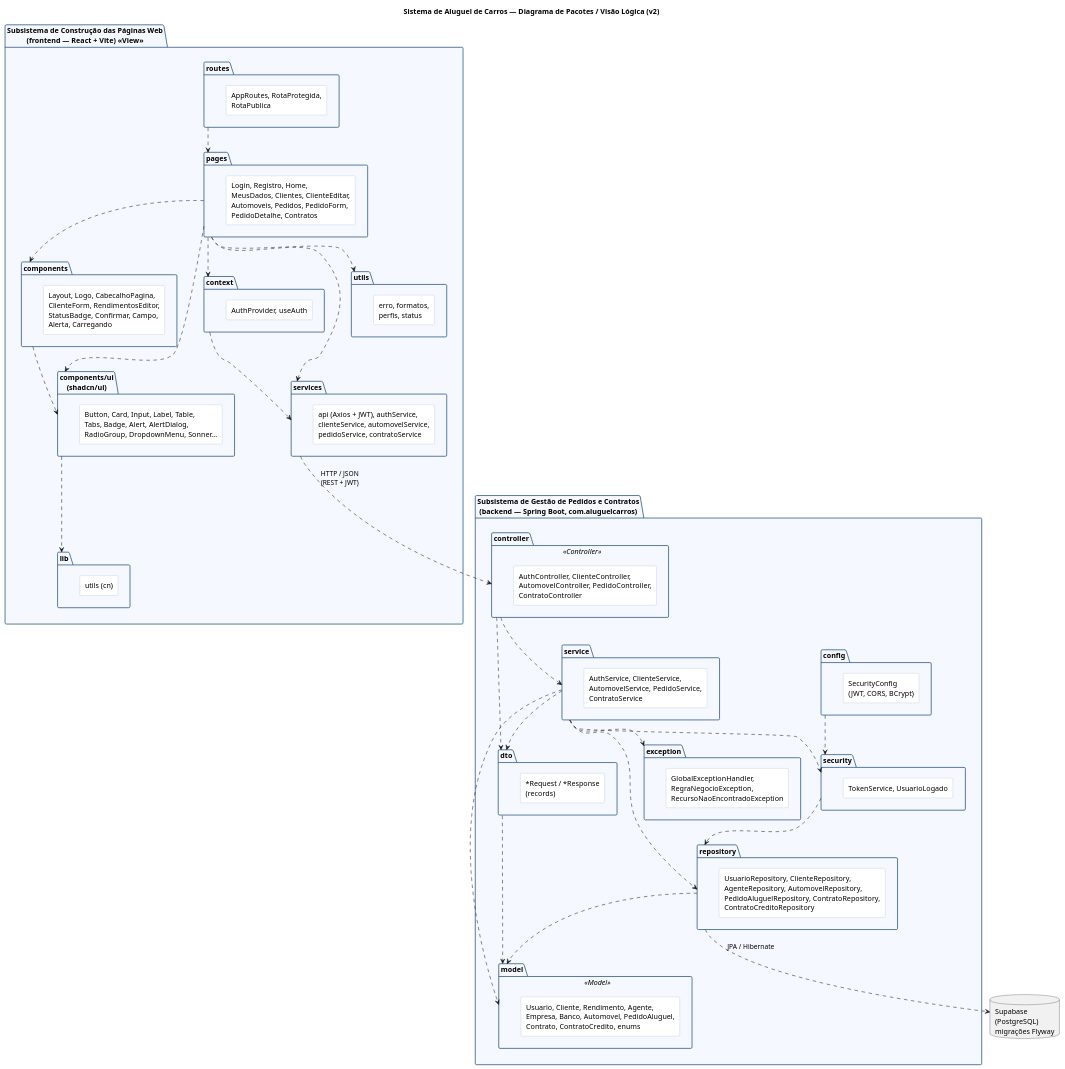
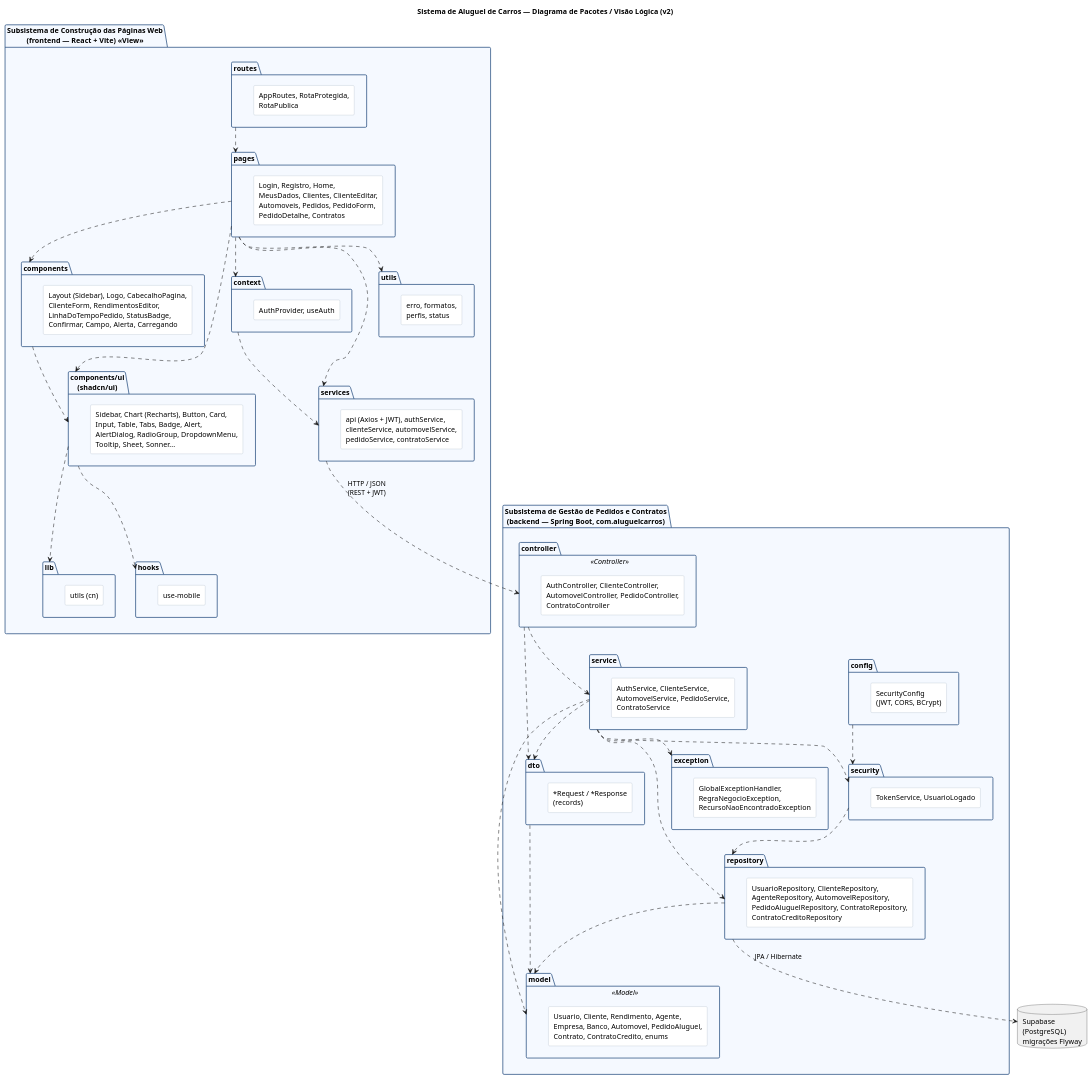
Before and after one commit to GuilhermeCostax/AlugelCarros: the diagram in docs/diagramas/v2/pacotes.puml, drawn with PlantUML. The commit also changed 11 other files, not shown here.

Commit message:
Atualiza README, diagrama de pacotes e capturas com o novo layout

```diff
--- a/docs/diagramas/v2/pacotes.puml
+++ b/docs/diagramas/v2/pacotes.puml
@@ -1,95 +1,99 @@
 @startuml pacotes
 title Sistema de Aluguel de Carros — Diagrama de Pacotes / Visão Lógica (v2)
 skinparam shadowing false
 skinparam packageStyle folder
 skinparam package {
   BackgroundColor #F5F9FF
   BorderColor #2C5282
 }
 skinparam rectangle {
   BackgroundColor #FFFFFF
   BorderColor #A0AEC0
 }
 
 package "Subsistema de Construção das Páginas Web\n(frontend — React + Vite) «View»" as WEB {
   package routes {
     rectangle "AppRoutes, RotaProtegida,\nRotaPublica" as r_routes
   }
   package pages {
     rectangle "Login, Registro, Home,\nMeusDados, Clientes, ClienteEditar,\nAutomoveis, Pedidos, PedidoForm,\nPedidoDetalhe, Contratos" as r_pages
   }
   package components {
-    rectangle "Layout, Logo, CabecalhoPagina,\nClienteForm, RendimentosEditor,\nStatusBadge, Confirmar, Campo,\nAlerta, Carregando" as r_components
+    rectangle "Layout (Sidebar), Logo, CabecalhoPagina,\nClienteForm, RendimentosEditor,\nLinhaDoTempoPedido, StatusBadge,\nConfirmar, Campo, Alerta, Carregando" as r_components
   }
   package "components/ui\n(shadcn/ui)" as ui {
-    rectangle "Button, Card, Input, Label, Table,\nTabs, Badge, Alert, AlertDialog,\nRadioGroup, DropdownMenu, Sonner..." as r_ui
+    rectangle "Sidebar, Chart (Recharts), Button, Card,\nInput, Table, Tabs, Badge, Alert,\nAlertDialog, RadioGroup, DropdownMenu,\nTooltip, Sheet, Sonner..." as r_ui
   }
   package lib {
     rectangle "utils (cn)" as r_lib
+  }
+  package hooks {
+    rectangle "use-mobile" as r_hooks
   }
   package context {
     rectangle "AuthProvider, useAuth" as r_context
   }
   package services {
     rectangle "api (Axios + JWT), authService,\nclienteService, automovelService,\npedidoService, contratoService" as r_services
   }
   package utils {
     rectangle "erro, formatos,\nperfis, status" as r_utils
   }
 }
 
 package "Subsistema de Gestão de Pedidos e Contratos\n(backend — Spring Boot, com.aluguelcarros)" as API {
   package controller <<Controller>> {
     rectangle "AuthController, ClienteController,\nAutomovelController, PedidoController,\nContratoController" as r_controller
   }
   package dto {
     rectangle "*Request / *Response\n(records)" as r_dto
   }
   package service {
     rectangle "AuthService, ClienteService,\nAutomovelService, PedidoService,\nContratoService" as r_service
   }
   package repository {
     rectangle "UsuarioRepository, ClienteRepository,\nAgenteRepository, AutomovelRepository,\nPedidoAluguelRepository, ContratoRepository,\nContratoCreditoRepository" as r_repository
   }
   package model <<Model>> {
     rectangle "Usuario, Cliente, Rendimento, Agente,\nEmpresa, Banco, Automovel, PedidoAluguel,\nContrato, ContratoCredito, enums" as r_model
   }
   package security {
     rectangle "TokenService, UsuarioLogado" as r_security
   }
   package config {
     rectangle "SecurityConfig\n(JWT, CORS, BCrypt)" as r_config
   }
   package exception {
     rectangle "GlobalExceptionHandler,\nRegraNegocioException,\nRecursoNaoEncontradoException" as r_exception
   }
 }
 
 database "Supabase\n(PostgreSQL)\nmigrações Flyway" as DB
 
 routes ..> pages
 pages ..> components
 pages ..> context
 pages ..> services
 pages ..> utils
 context ..> services
 pages ..> ui
 components ..> ui
 ui ..> lib
+ui ..> hooks
 
 services ..> controller : HTTP / JSON\n(REST + JWT)
 
 controller ..> dto
 controller ..> service
 service ..> repository
 service ..> model
 service ..> dto
 service ..> security
 service ..> exception
 dto ..> model
 repository ..> model
 security ..> repository
 config ..> security
 
 repository ..> DB : JPA / Hibernate
 @enduml
```
